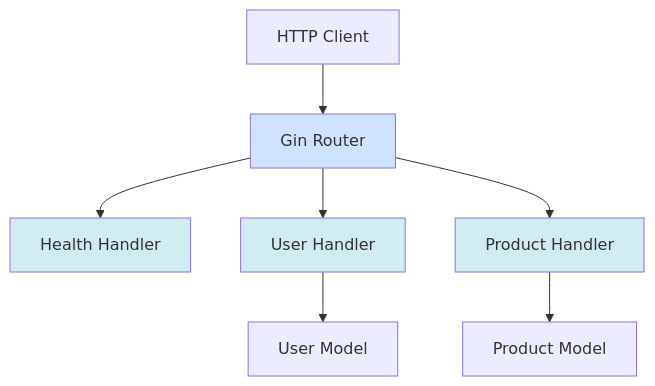
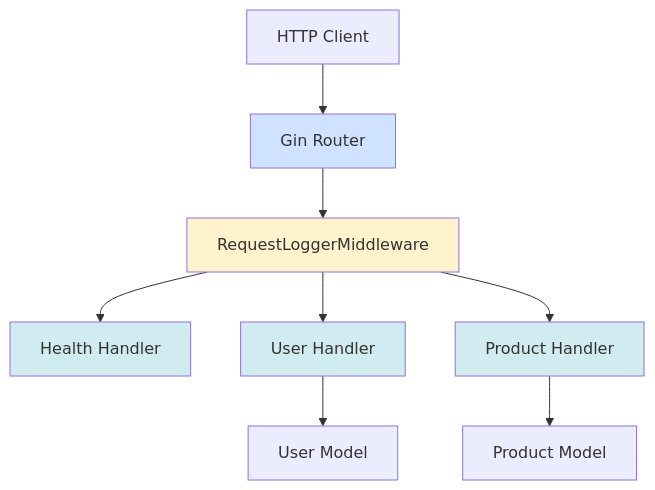
One commit to gamefiend/doc-agent-demo changed the first of 2 diagrams in docs/ARCHITECTURE.md. Above: the diagram before and after it, drawn with Mermaid. The commit also changed other lines of this file and 2 other files, not shown here.

````diff
--- a/docs/ARCHITECTURE.md
+++ b/docs/ARCHITECTURE.md
@@ -13,15 +13,17 @@
 ```mermaid
 graph TB
     Client[HTTP Client] --> Router[Gin Router]
-    Router --> HealthHandler[Health Handler]
-    Router --> UserHandler[User Handler]
-    Router --> ProductHandler[Product Handler]
+    Router --> Middleware[RequestLoggerMiddleware]
+    Middleware --> HealthHandler[Health Handler]
+    Middleware --> UserHandler[User Handler]
+    Middleware --> ProductHandler[Product Handler]
 
     UserHandler --> UserModel[User Model]
     ProductHandler --> ProductModel[Product Model]
 
     style Router fill:#cfe2ff
+    style Middleware fill:#fff3cd
     style HealthHandler fill:#d1ecf1
     style UserHandler fill:#d1ecf1
     style ProductHandler fill:#d1ecf1
 ```
````
